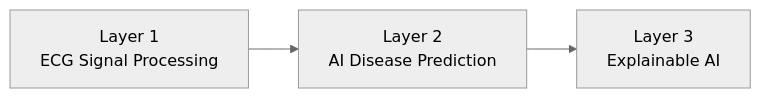
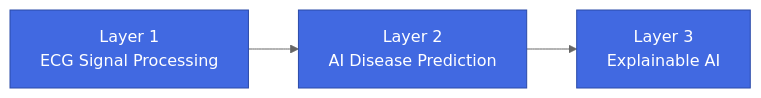
One commit to hamim0047/CardiShirt changed the second of 7 diagrams in ai-training/readme.md. Above: the diagram before and after it, drawn with Mermaid (neutral theme). The commit also changed other lines of this file, not shown here.

````diff
--- a/ai-training/readme.md
+++ b/ai-training/readme.md
@@ -87,5 +100,8 @@
 ```mermaid
 flowchart LR
     L1["Layer 1<br/>ECG Signal Processing"] --> L2["Layer 2<br/>AI Disease Prediction"]
     L2 --> L3["Layer 3<br/>Explainable AI"]
+
+    classDef stage fill:#4169e1,stroke:#2a4aa8,color:#fff
+    class L1,L2,L3 stage
 ```
````
